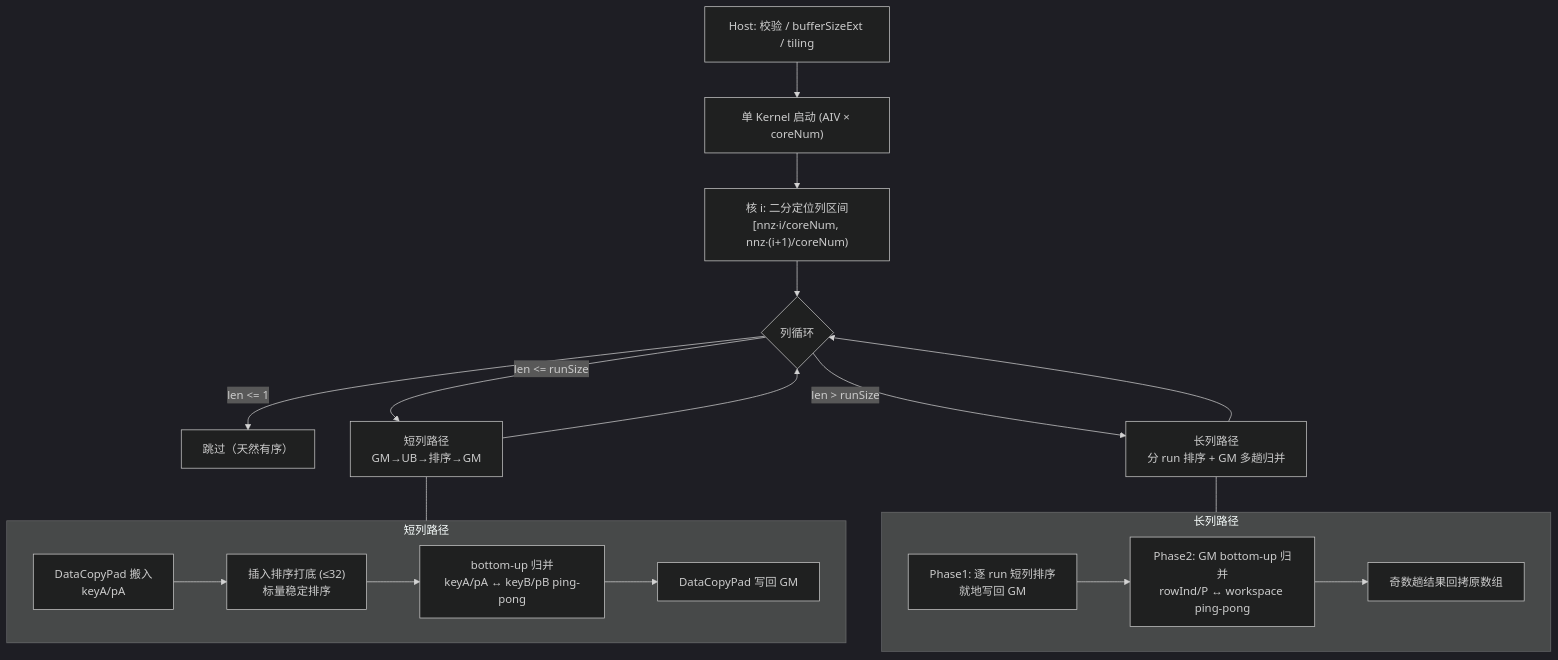
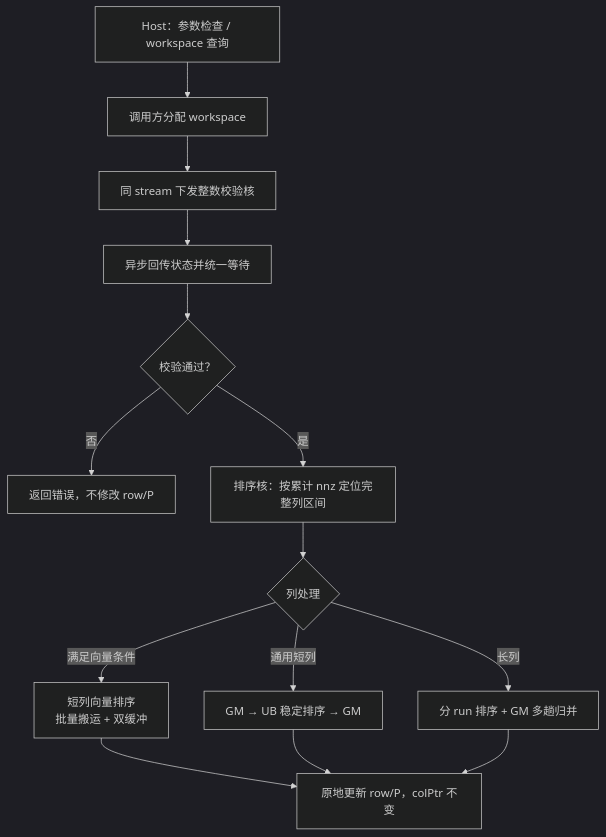
One commit to hicann/cann-ops-competitions changed the first of 4 diagrams in 04_tasks/01_community-task-2026/tasklist/09-8-aclsparseXcscsort-A2A3/nuggets/docs/design.md. Above: the diagram before and after it, drawn with Mermaid (dark theme). The commit also changed other lines of this file, not shown here.

````diff
--- a/04_tasks/01_community-task-2026/tasklist/09-8-aclsparseXcscsort-A2A3/nuggets/docs/design.md
+++ b/04_tasks/01_community-task-2026/tasklist/09-8-aclsparseXcscsort-A2A3/nuggets/docs/design.md
@@ -135,25 +104,16 @@
 ```mermaid
 flowchart TB
-    H["Host: 校验 / bufferSizeExt / tiling"] --> L["单 Kernel 启动 (AIV × coreNum)"]
-    L --> C1["核 i: 二分定位列区间<br/>[nnz·i/coreNum, nnz·(i+1)/coreNum)"]
-    C1 --> LOOP{"列循环"}
-    LOOP -- "len <= 1" --> SKIP["跳过（天然有序）"]
-    LOOP -- "len <= runSize" --> SHORT["短列路径<br/>GM→UB→排序→GM"]
-    LOOP -- "len > runSize" --> LONG["长列路径<br/>分 run 排序 + GM 多趟归并"]
-    SHORT --> LOOP
-    LONG --> LOOP
-
-    subgraph SHORT_PATH["短列路径"]
-        S1["DataCopyPad 搬入<br/>keyA/pA"] --> S2["插入排序打底 (≤32)<br/>标量稳定排序"]
-        S2 --> S3["bottom-up 归并<br/>keyA/pA ↔ keyB/pB ping-pong"]
-        S3 --> S4["DataCopyPad 写回 GM"]
-    end
-
-    subgraph LONG_PATH["长列路径"]
-        L1["Phase1: 逐 run 短列排序<br/>就地写回 GM"] --> L2["Phase2: GM bottom-up 归并<br/>rowInd/P ↔ workspace ping-pong"]
-        L2 --> L3["奇数趟结果回拷原数组"]
-    end
-
-    SHORT --- SHORT_PATH
-    LONG --- LONG_PATH
+    H["Host：参数检查 / workspace 查询"] --> B["调用方分配 workspace"]
+    B --> V["同 stream 下发整数校验核"]
+    V --> R["异步回传状态并统一等待"]
+    R --> OK{"校验通过？"}
+    OK -- 否 --> ERR["返回错误，不修改 row/P"]
+    OK -- 是 --> C["排序核：按累计 nnz 定位完整列区间"]
+    C --> LOOP{"列处理"}
+    LOOP -- "满足向量条件" --> FAST["短列向量排序<br/>批量搬运 + 双缓冲"]
+    LOOP -- "通用短列" --> SHORT["GM → UB 稳定排序 → GM"]
+    LOOP -- "长列" --> LONG["分 run 排序 + GM 多趟归并"]
+    FAST --> OUT["原地更新 row/P，colPtr 不变"]
+    SHORT --> OUT
+    LONG --> OUT
 ```
````
